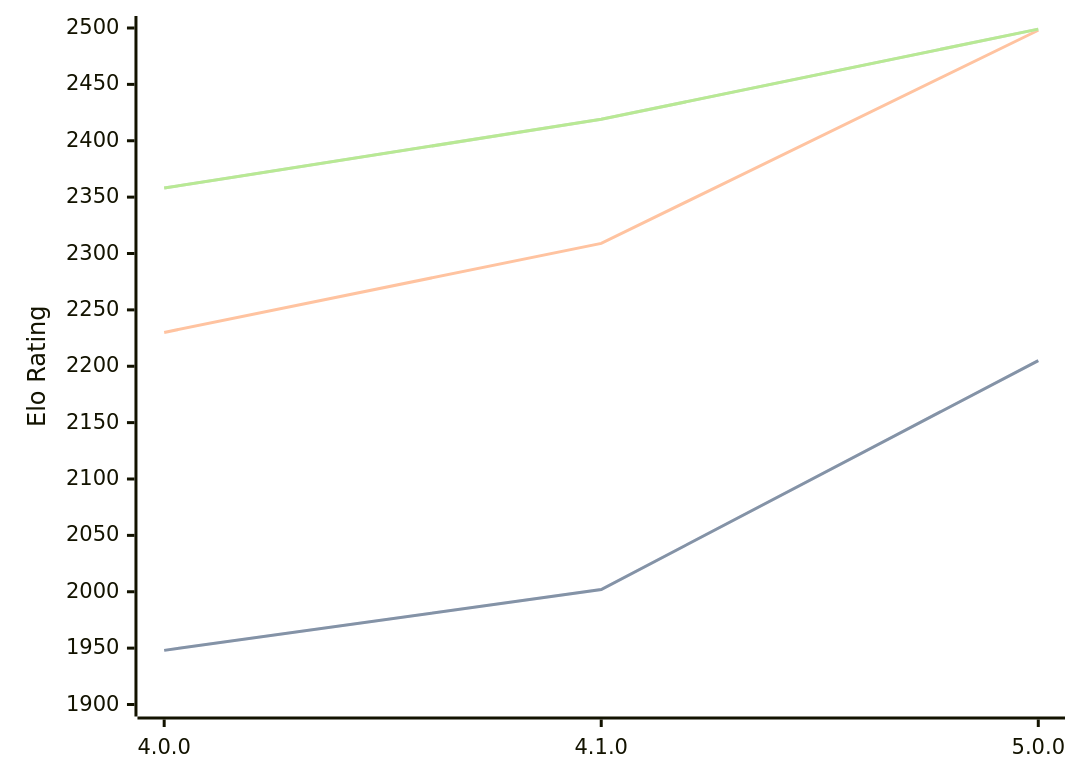
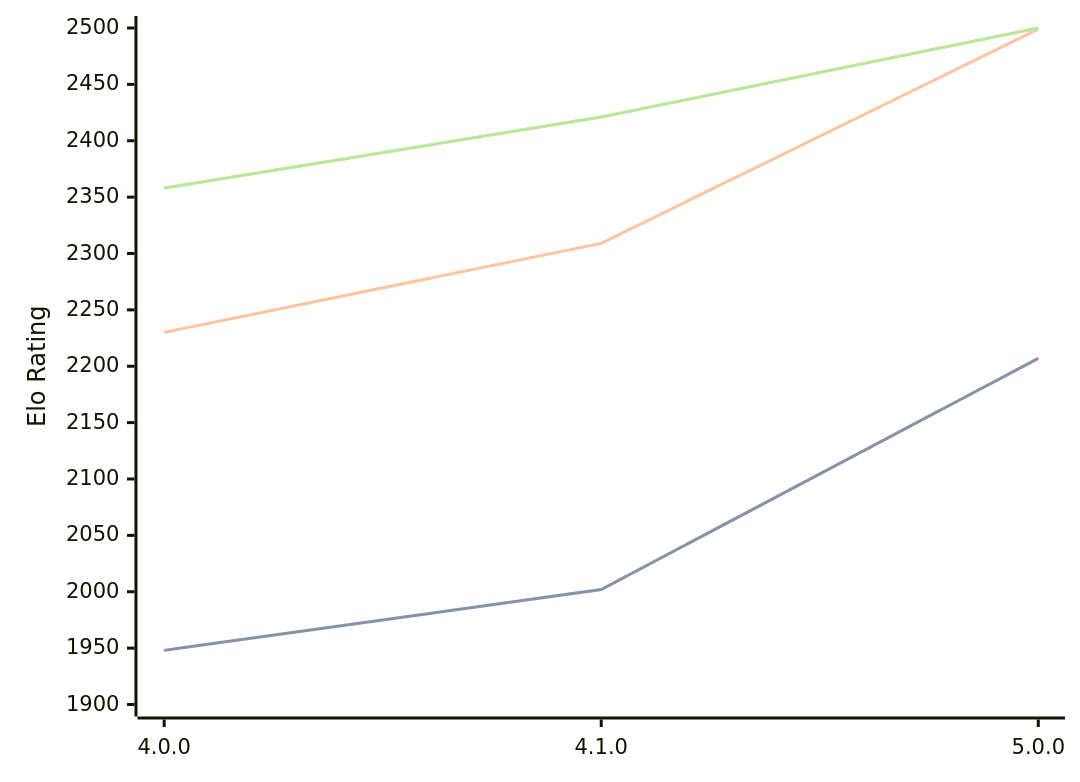
The diagram in engines/Aconcagua.md (computer-chess-index/cci), drawn with Mermaid before and after one commit. The commit also changed other lines of this file, not shown here.

Commit message:
Update CCI Ratings (ELO VLTC) - 2026-02-18

````diff
--- a/engines/Aconcagua.md
+++ b/engines/Aconcagua.md
@@ -39,11 +39,11 @@
 ```mermaid
 %%{init: {"theme":"base","themeVariables":{"seriesColors:['#a3a3a3','#222221','#faa371']}}}%%
 xychart-beta
   x-axis ["4.0.0", "4.1.0", "5.0.0"]
   y-axis "Elo Rating" 1900 --> 2500
-  line "STC (8.0+0.08s)" [1948, 2002, 2205]
-  line "STC (8.0+0.08s)" [1948, 2002, 2205]
-  line "LTC (60.0+0.60s)" [2230, 2309, 2498]
-  line "VLTC (2m24s+1.12s)" [2358, 2419, 2499]
-  line "VLTC (2m24s+1.12s)" [2358, 2419, 2499]
+  line "STC (8.0+0.08s)" [1948, 2002, 2207]
+  line "STC (8.0+0.08s)" [1948, 2002, 2207]
+  line "LTC (60.0+0.60s)" [2230, 2309, 2499]
+  line "VLTC (2m24s+1.12s)" [2358, 2421, 2500]
+  line "VLTC (2m24s+1.12s)" [2358, 2421, 2500]
 ```
````
